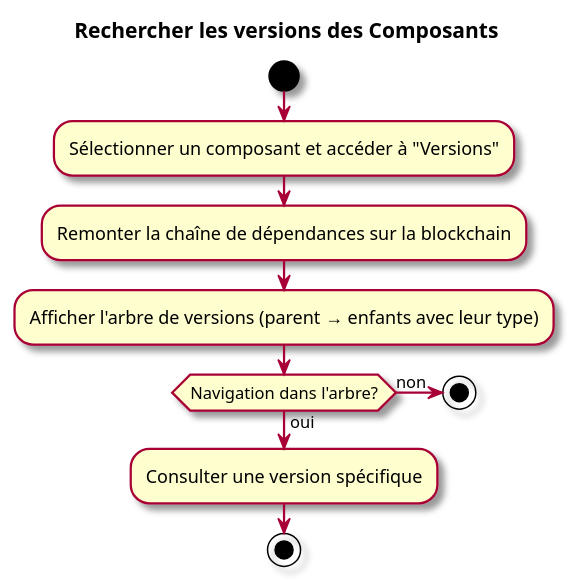
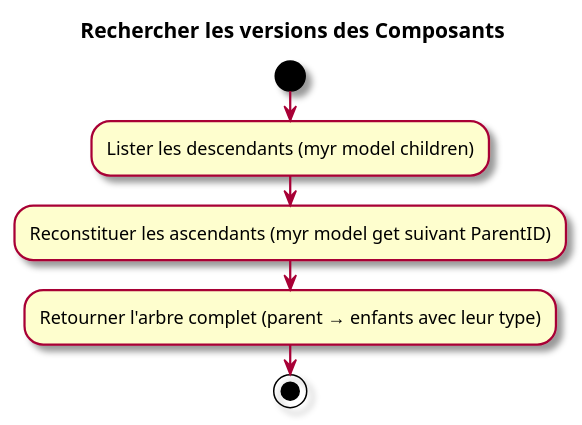
The second of 2 diagrams in specs/1-Expression/UCREC-Recherche/UCREC03.md (olivaux/myr), drawn with PlantUML before and after one commit. The commit also changed other lines of this file and 65 other files, not shown here.

````diff
--- a/specs/1-Expression/UCREC-Recherche/UCREC03.md
+++ b/specs/1-Expression/UCREC-Recherche/UCREC03.md
@@ -57,16 +57,11 @@
 ```plantuml
 @startuml
 skin rose
 title Rechercher les versions des Composants
 start
-:Sélectionner un composant et accéder à "Versions";
-:Remonter la chaîne de dépendances sur la blockchain;
-:Afficher l'arbre de versions (parent → enfants avec leur type);
-if (Navigation dans l'arbre?) then (oui)
-  :Consulter une version spécifique;
-  stop
-else (non)
-  stop
-endif
+:Lister les descendants (myr model children);
+:Reconstituer les ascendants (myr model get suivant ParentID);
+:Retourner l'arbre complet (parent → enfants avec leur type);
+stop
 @enduml
 ```
````
